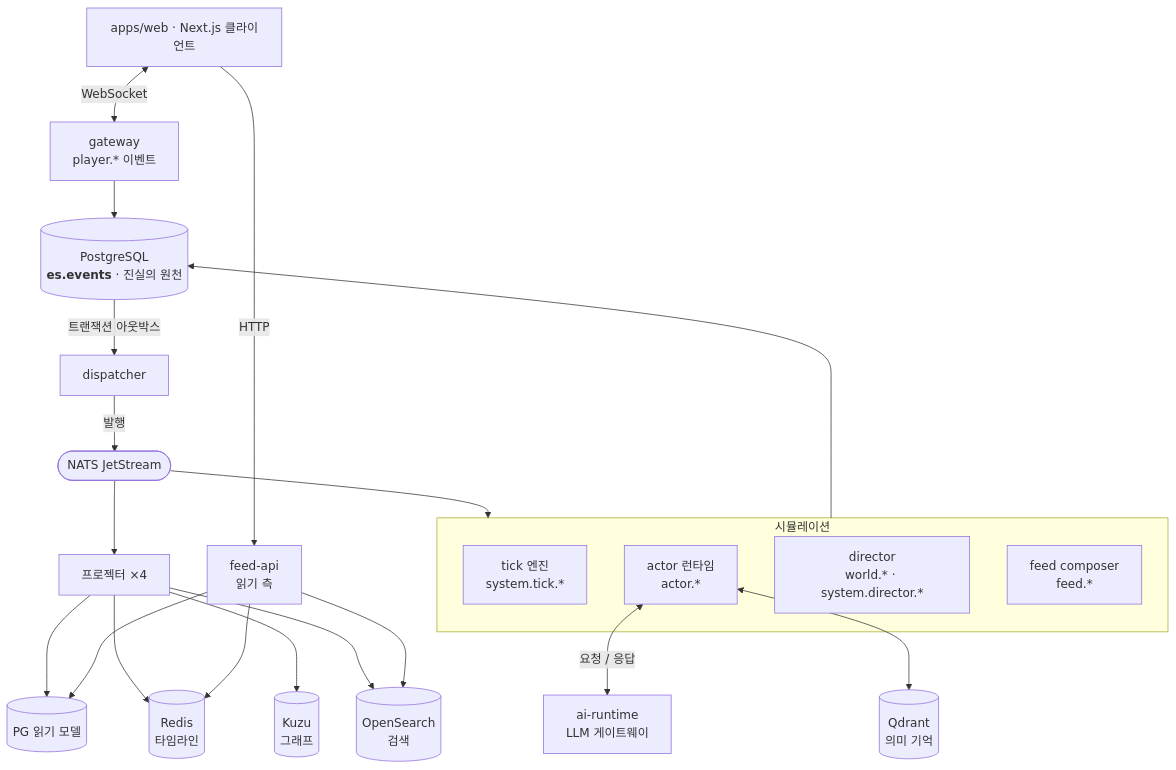
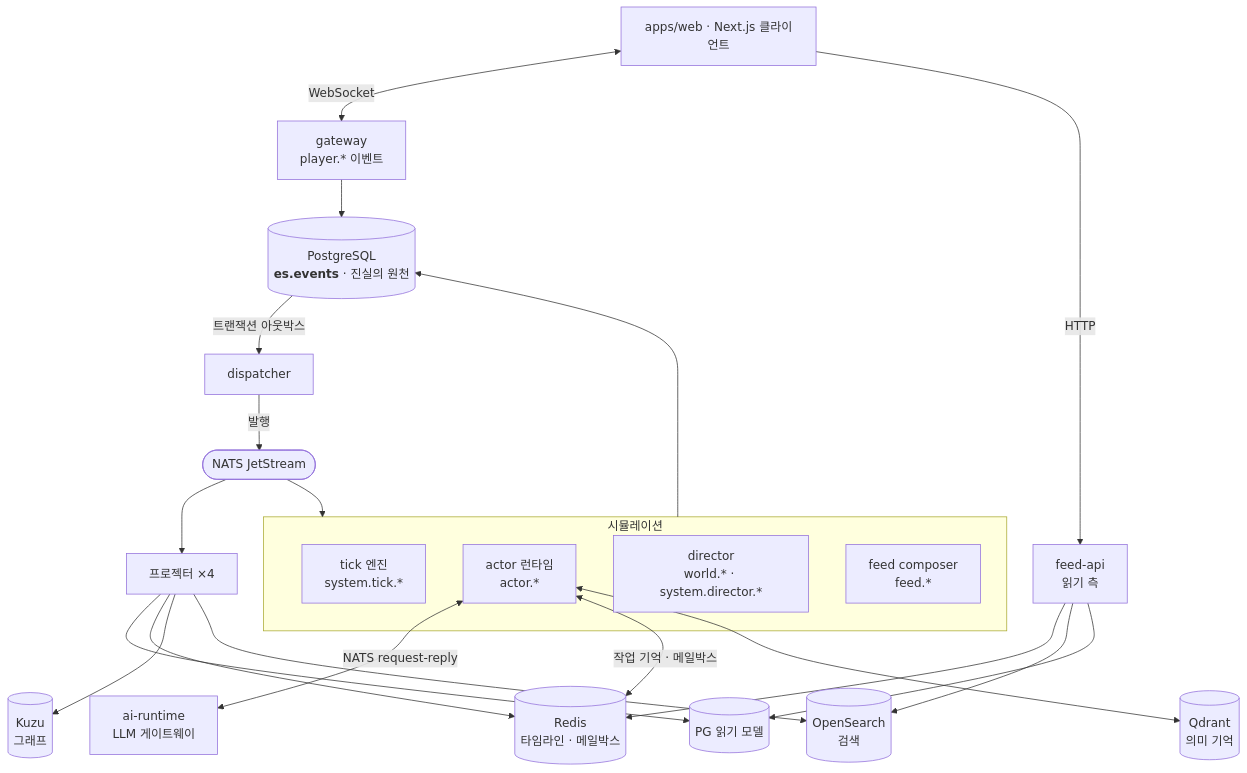
One commit to showjihyun/livingfeed changed the second of 5 diagrams in guide/architecture.ko.md. Above: the diagram before and after it, drawn with Mermaid. The commit also changed other lines of this file and 5 other files, not shown here.

````diff
--- a/guide/architecture.ko.md
+++ b/guide/architecture.ko.md
@@ -42,35 +42,36 @@
 ```mermaid
 graph TB
     Web["apps/web · Next.js 클라이언트"]
 
     Web <-->|WebSocket| GW["gateway<br/>player.* 이벤트"]
     Web -->|HTTP| API["feed-api<br/>읽기 측"]
 
     GW --> PG[("PostgreSQL<br/><b>es.events</b> · 진실의 원천")]
 
     subgraph Engines["시뮬레이션"]
         TICK["tick 엔진<br/>system.tick.*"]
         ACTOR["actor 런타임<br/>actor.*"]
         DIR["director<br/>world.* · system.director.*"]
         FEED["feed composer<br/>feed.*"]
     end
 
     Engines --> PG
     PG -->|트랜잭션 아웃박스| DISP["dispatcher"]
     DISP -->|발행| NATS(["NATS JetStream"])
     NATS --> Engines
     NATS --> PROJ["프로젝터 ×4"]
 
-    ACTOR <-->|요청 / 응답| AI["ai-runtime<br/>LLM 게이트웨이"]
+    ACTOR <-->|"NATS request-reply"| AI["ai-runtime<br/>LLM 게이트웨이"]
 
     PROJ --> RPG[("PG 읽기 모델")]
-    PROJ --> RED[("Redis<br/>타임라인")]
+    PROJ --> RED[("Redis<br/>타임라인 · 메일박스")]
+    ACTOR <-->|"작업 기억 · 메일박스"| RED
     PROJ --> KUZU[("Kuzu<br/>그래프")]
     PROJ --> OS[("OpenSearch<br/>검색")]
 
     ACTOR <--> QD[("Qdrant<br/>의미 기억")]
 
     API --> RED
     API --> OS
     API --> RPG
 ```
````
